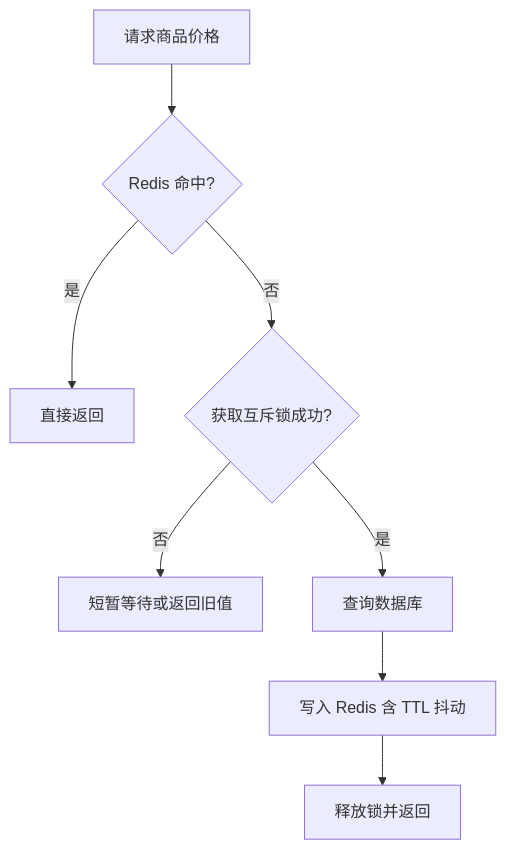
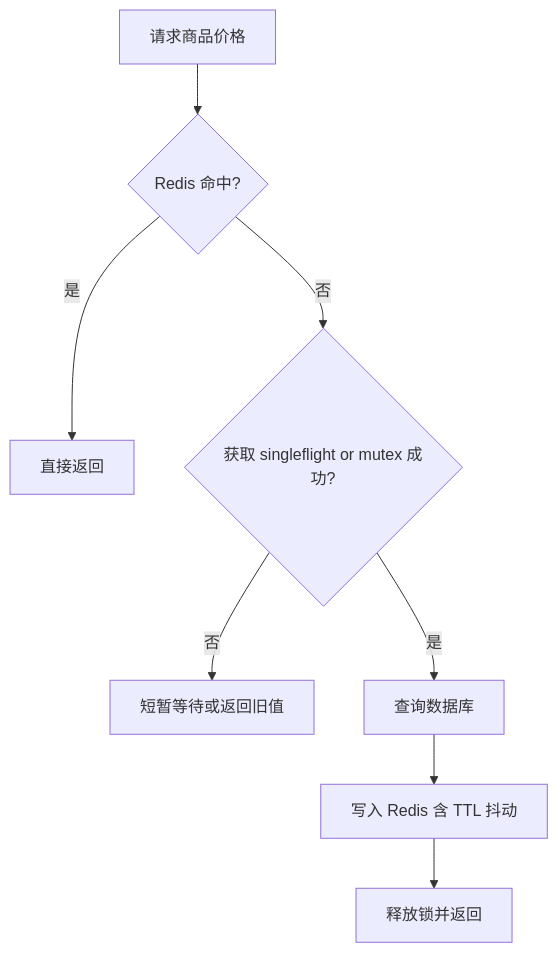
Before and after one commit to pofossette/guidebooks: the fifth of 5 diagrams in docs/backend-dev/系统设计/电商平台与云端对话 AI 系统设计/04-MQ Redis 与缓存一致性.md, drawn with Mermaid. The commit also changed other lines of this file and 7 other files, not shown here.

````diff
--- a/docs/backend-dev/系统设计/电商平台与云端对话 AI 系统设计/04-MQ Redis 与缓存一致性.md
+++ b/docs/backend-dev/系统设计/电商平台与云端对话 AI 系统设计/04-MQ Redis 与缓存一致性.md
@@ -108,10 +190,10 @@
 ```mermaid
 flowchart TD
     A[请求商品价格] --> B{Redis 命中?}
     B -->|是| C[直接返回]
-    B -->|否| D{获取互斥锁成功?}
+    B -->|否| D{获取 singleflight or mutex 成功?}
     D -->|否| E[短暂等待或返回旧值]
     D -->|是| F[查询数据库]
     F --> G[写入 Redis 含 TTL 抖动]
     G --> H[释放锁并返回]
 ```
````
